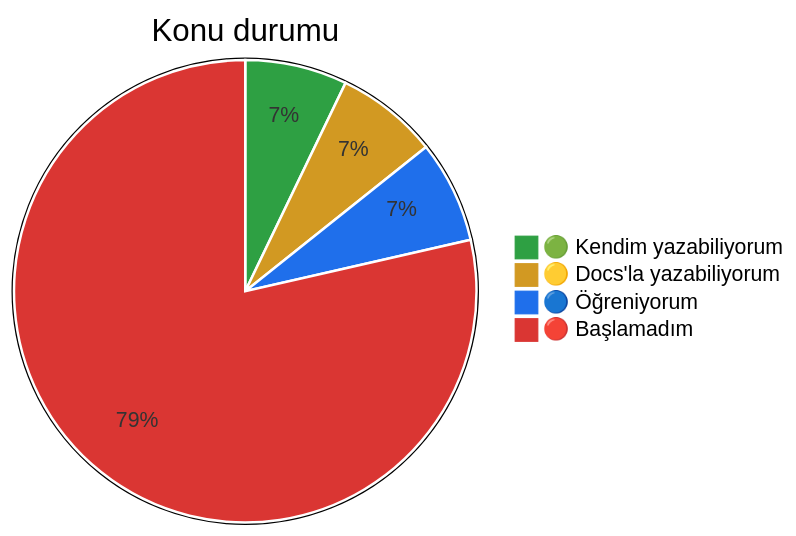
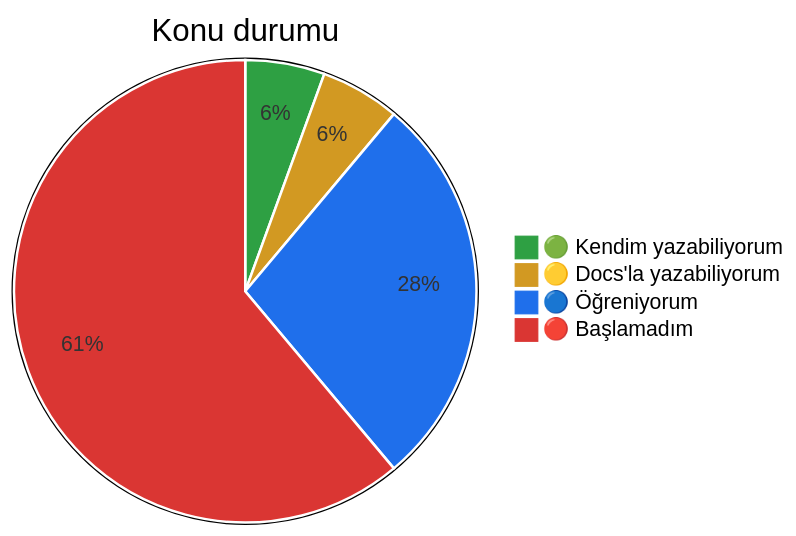
Before and after one commit to lordgrimx/TIL-Today-I-Learned: the diagram in README.md, drawn with Mermaid. The commit also changed other lines of this file and 2 other files, not shown here.

````diff
--- a/README.md
+++ b/README.md
@@ -46,8 +43,8 @@
 ```mermaid
 %%{init: {"themeVariables": {"pie1": "#2ea043", "pie2": "#d29922", "pie3": "#1f6feb", "pie4": "#da3633", "pieStrokeColor": "#ffffff", "pieStrokeWidth": "2px", "pieOpacity": "1"}}}%%
 pie title Konu durumu
     "🟢 Kendim yazabiliyorum" : 1
     "🟡 Docs'la yazabiliyorum" : 1
-    "🔵 Öğreniyorum" : 1
+    "🔵 Öğreniyorum" : 5
     "🔴 Başlamadım" : 11
 ```
````
